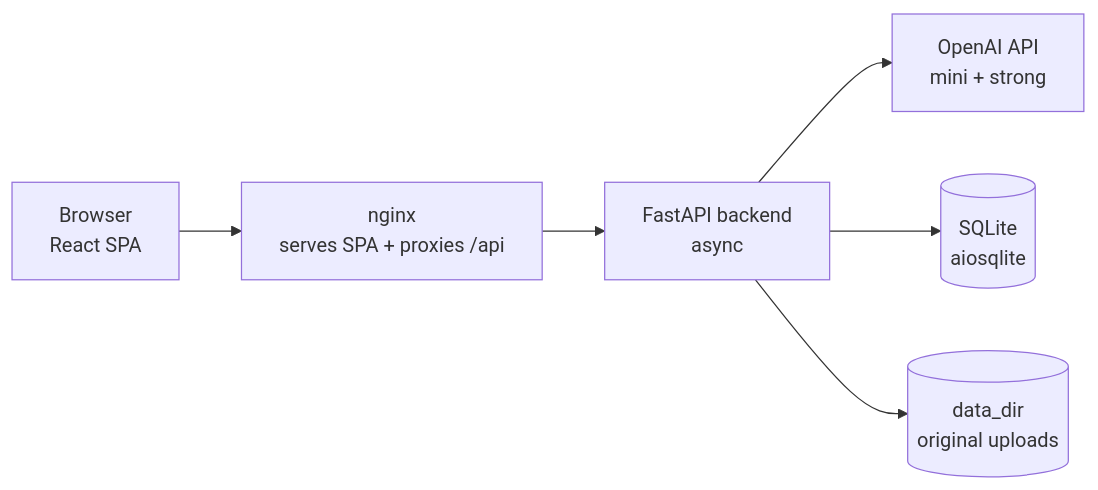
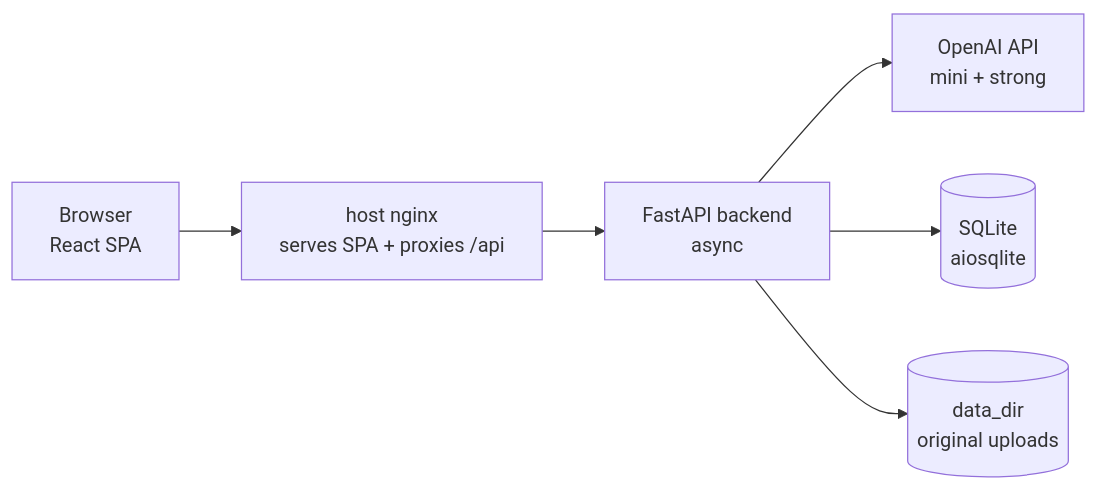
Before and after one commit to ArturZhukovets/cv_analyzer: the first of 2 diagrams in README.md, drawn with Mermaid. The commit also changed other lines of this file and 5 other files, not shown here.

````diff
--- a/README.md
+++ b/README.md
@@ -57,8 +61,8 @@
 ```mermaid
 flowchart LR
-    Browser[Browser<br/>React SPA] --> Nginx[nginx<br/>serves SPA + proxies /api]
+    Browser[Browser<br/>React SPA] --> Nginx[host nginx<br/>serves SPA + proxies /api]
     Nginx --> API[FastAPI backend<br/>async]
     API --> OpenAI[OpenAI API<br/>mini + strong]
     API --> DB[(SQLite<br/>aiosqlite)]
     API --> Disk[(data_dir<br/>original uploads)]
 ```
````
